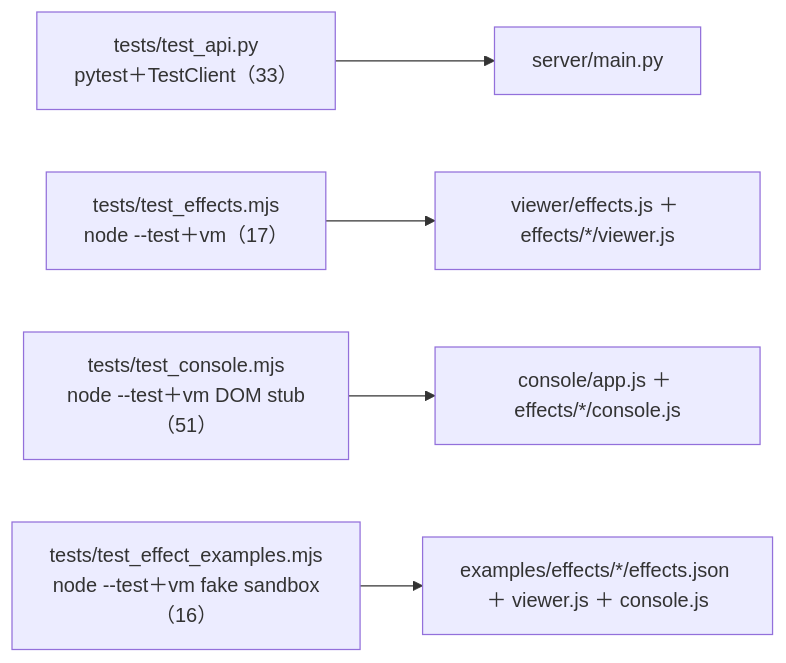
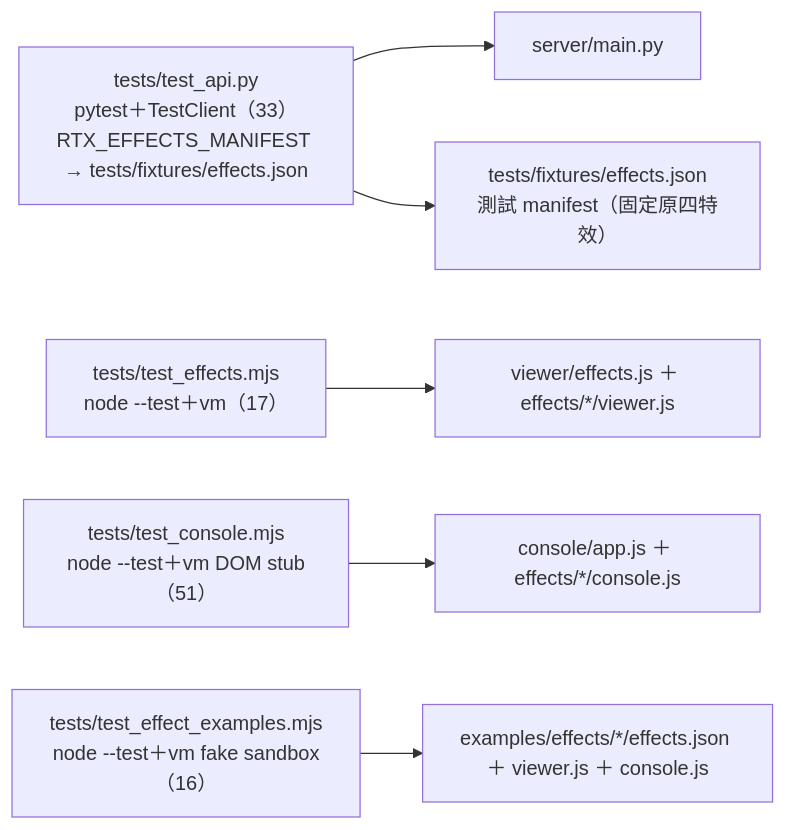
The sixth of 6 diagrams in docs/agents/CALL_GRAPH.md (zivngit/Real-time-Interaction-html), drawn with Mermaid before and after one commit. The commit also changed other lines of this file and 15 other files, not shown here.

Commit message:
feat(effects): 新增四特效並改用測試用 effects.json manifest

````diff
--- a/docs/agents/CALL_GRAPH.md
+++ b/docs/agents/CALL_GRAPH.md
@@ -234,7 +234,9 @@
 ```mermaid
 flowchart LR
-    TA["tests/test_api.py<br/>pytest＋TestClient（33）"] --> M["server/main.py"]
+    TF["tests/fixtures/effects.json<br/>測試 manifest（固定原四特效）"]
+    TA["tests/test_api.py<br/>pytest＋TestClient（33）<br/>RTX_EFFECTS_MANIFEST → tests/fixtures/effects.json"] --> M["server/main.py"]
+    TA --> TF
     TE["tests/test_effects.mjs<br/>node --test＋vm（17）"] --> S["viewer/effects.js ＋ effects/*/viewer.js"]
     TC["tests/test_console.mjs<br/>node --test＋vm DOM stub（51）"] --> K["console/app.js ＋ effects/*/console.js"]
     TX["tests/test_effect_examples.mjs<br/>node --test＋vm fake sandbox（16）"] --> X["examples/effects/*/effects.json ＋ viewer.js ＋ console.js"]
 ```
````
